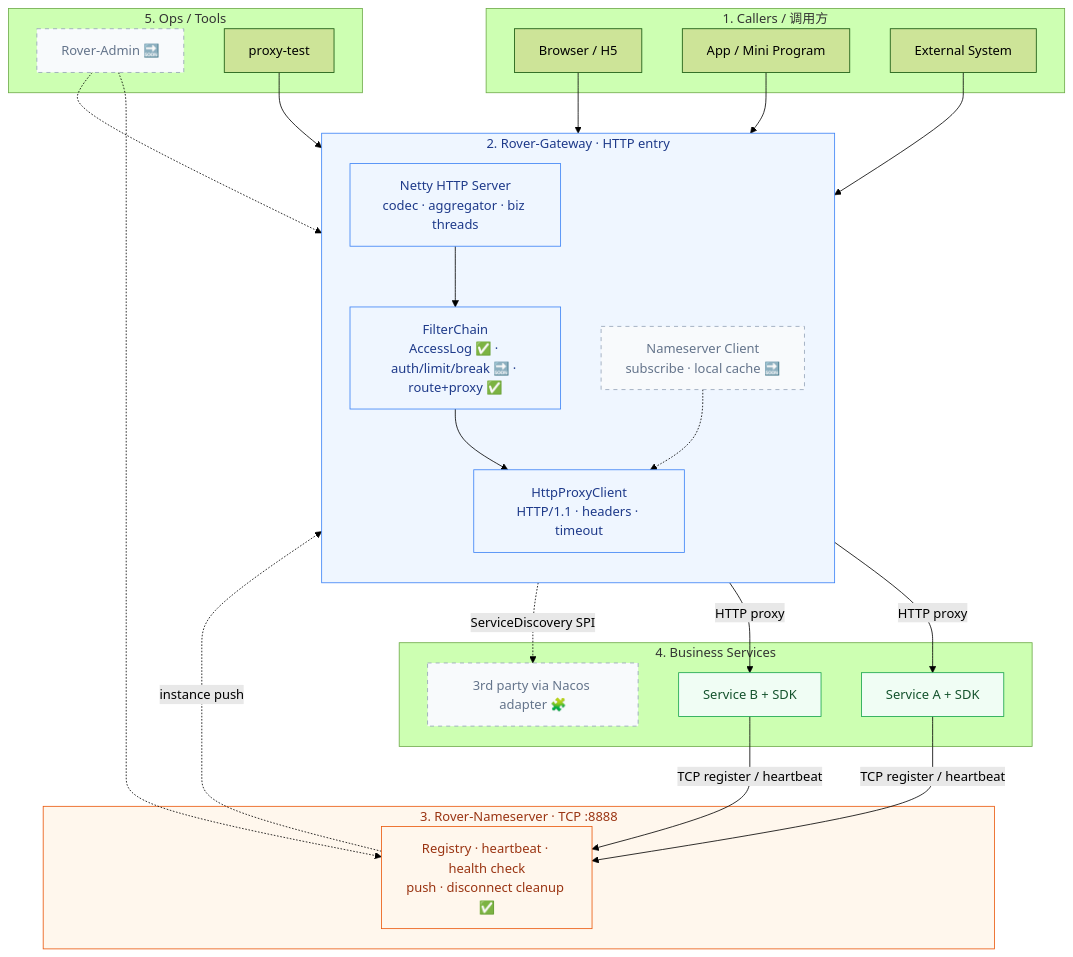
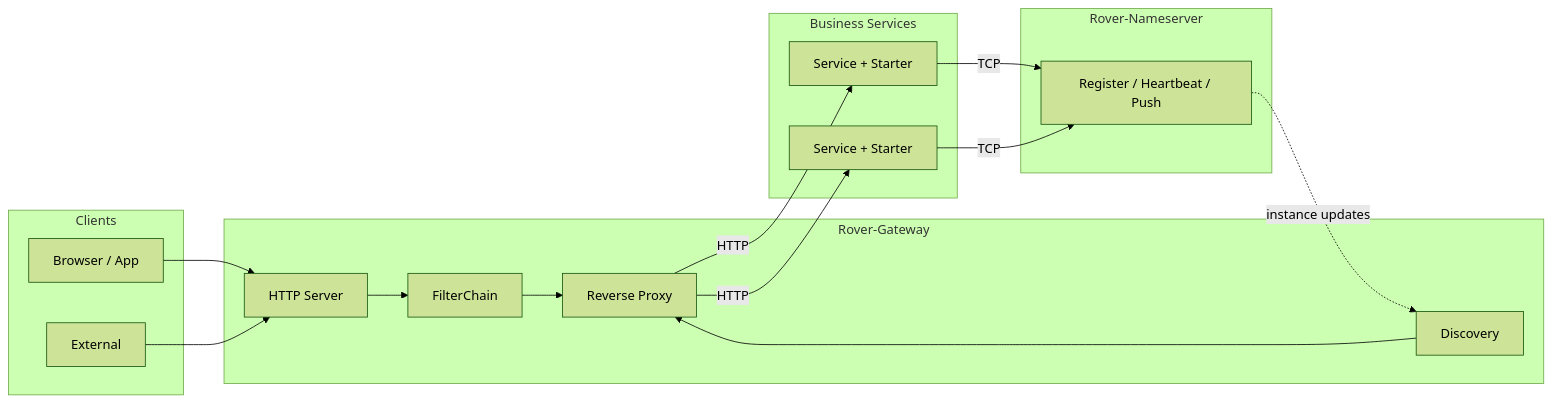
The diagram in README.md (zzl-qz/Rover-Suite), drawn with Mermaid (forest theme) before and after one commit. The commit also changed other lines of this file and 24 other files, not shown here.

````diff
--- a/README.md
+++ b/README.md
@@ -21,58 +67,33 @@
 ```mermaid
-flowchart TB
-    subgraph CLIENTS["1. Callers / 调用方"]
-        WEB[Browser / H5]
-        APP[App / Mini Program]
-        ORG[External System]
+flowchart LR
+    subgraph Callers["Clients"]
+        C1[Browser / App]
+        C2[External]
     end
 
-    subgraph GATEWAY["2. Rover-Gateway · HTTP entry"]
-        direction TB
-        SRV["Netty HTTP Server<br/>codec · aggregator · biz threads"]
-        FW["FilterChain<br/>AccessLog ✅ · auth/limit/break 🔜 · route+proxy ✅"]
-        PRX["HttpProxyClient<br/>HTTP/1.1 · headers · timeout"]
-        SUB["Nameserver Client<br/>subscribe · local cache 🔜"]
-        SRV --> FW --> PRX
-        SUB -.-> PRX
+    subgraph GW["Rover-Gateway"]
+        H[HTTP Server]
+        F[FilterChain]
+        D[Discovery]
+        P[Reverse Proxy]
+        H --> F --> P
+        D --> P
     end
 
-    subgraph NS["3. Rover-Nameserver · TCP :8888"]
-        REG["Registry · heartbeat · health check<br/>push · disconnect cleanup ✅"]
+    subgraph NS["Rover-Nameserver"]
+        R[Register / Heartbeat / Push]
     end
 
-    subgraph SVCS["4. Business Services"]
-        S1["Service A + SDK"]
-        S2["Service B + SDK"]
-        S3["3rd party via Nacos adapter 🧩"]
+    subgraph Biz["Business Services"]
+        S1[Service + Starter]
+        S2[Service + Starter]
     end
 
-    subgraph OPS["5. Ops / Tools"]
-        ADM["Rover-Admin 🔜"]
-        TK["proxy-test"]
-    end
-
-    WEB --> GATEWAY
-    APP --> GATEWAY
-    ORG --> GATEWAY
-
-    PRX -->|HTTP proxy| S1
-    PRX -->|HTTP proxy| S2
-    GATEWAY -.->|ServiceDiscovery SPI| S3
-
-    S1 -->|TCP register / heartbeat| REG
-    S2 -->|TCP register / heartbeat| REG
-    REG -.->|instance push| SUB
-
-    ADM -.-> GATEWAY
-    ADM -.-> REG
-    TK --> GATEWAY
-
-    classDef core fill:#eff6ff,stroke:#3b82f6,color:#1e3a8a;
-    classDef registry fill:#fff7ed,stroke:#ea580c,color:#9a3412;
-    classDef service fill:#f0fdf4,stroke:#16a34a,color:#14532d;
-    classDef plan fill:#f8fafc,stroke:#94a3b8,color:#64748b,stroke-dasharray: 5 5;
-    class GATEWAY,SRV,FW,PRX core;
-    class NS,REG registry;
-    class S1,S2 service;
-    class SUB,S3,ADM plan;
+    C1 --> H
+    C2 --> H
+    P -->|HTTP| S1
+    P -->|HTTP| S2
+    S1 -->|TCP| R
+    S2 -->|TCP| R
+    R -.->|instance updates| D
 ```
````
